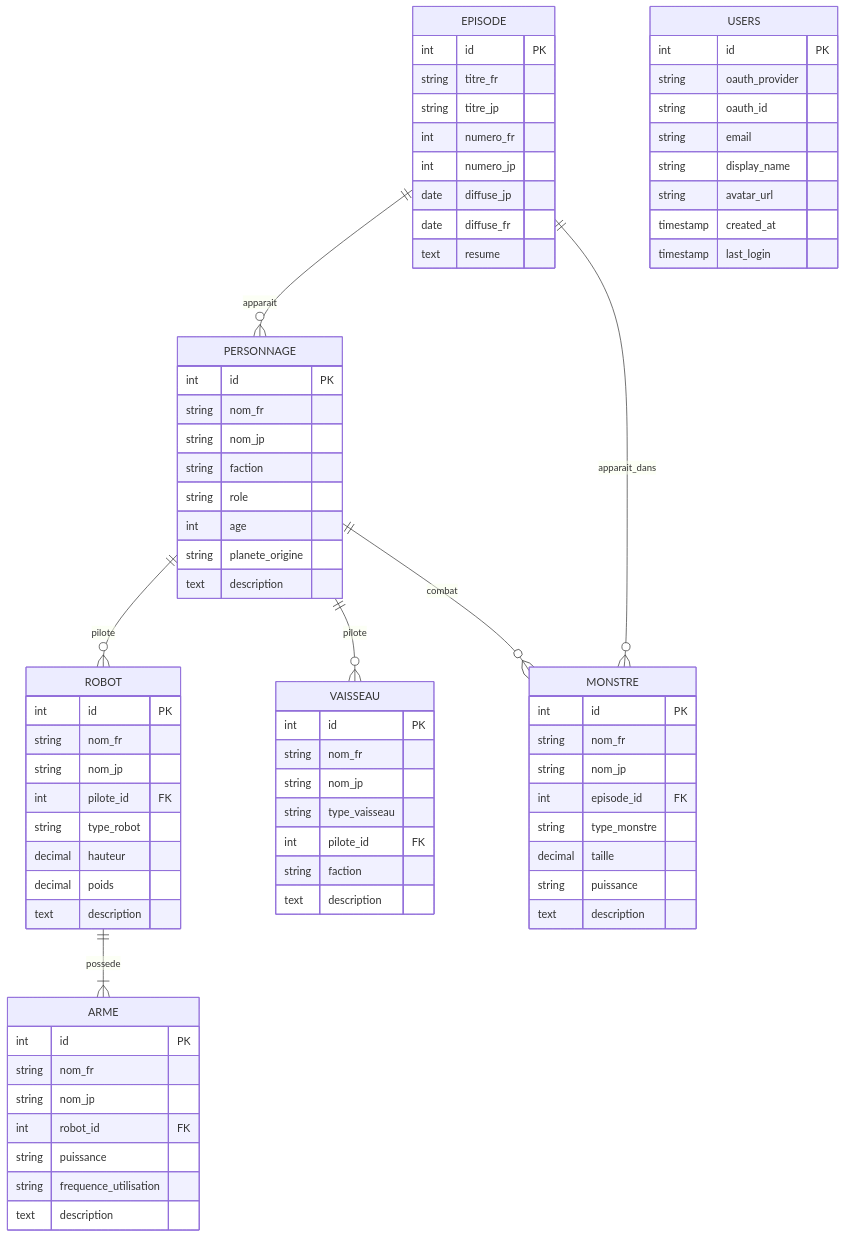
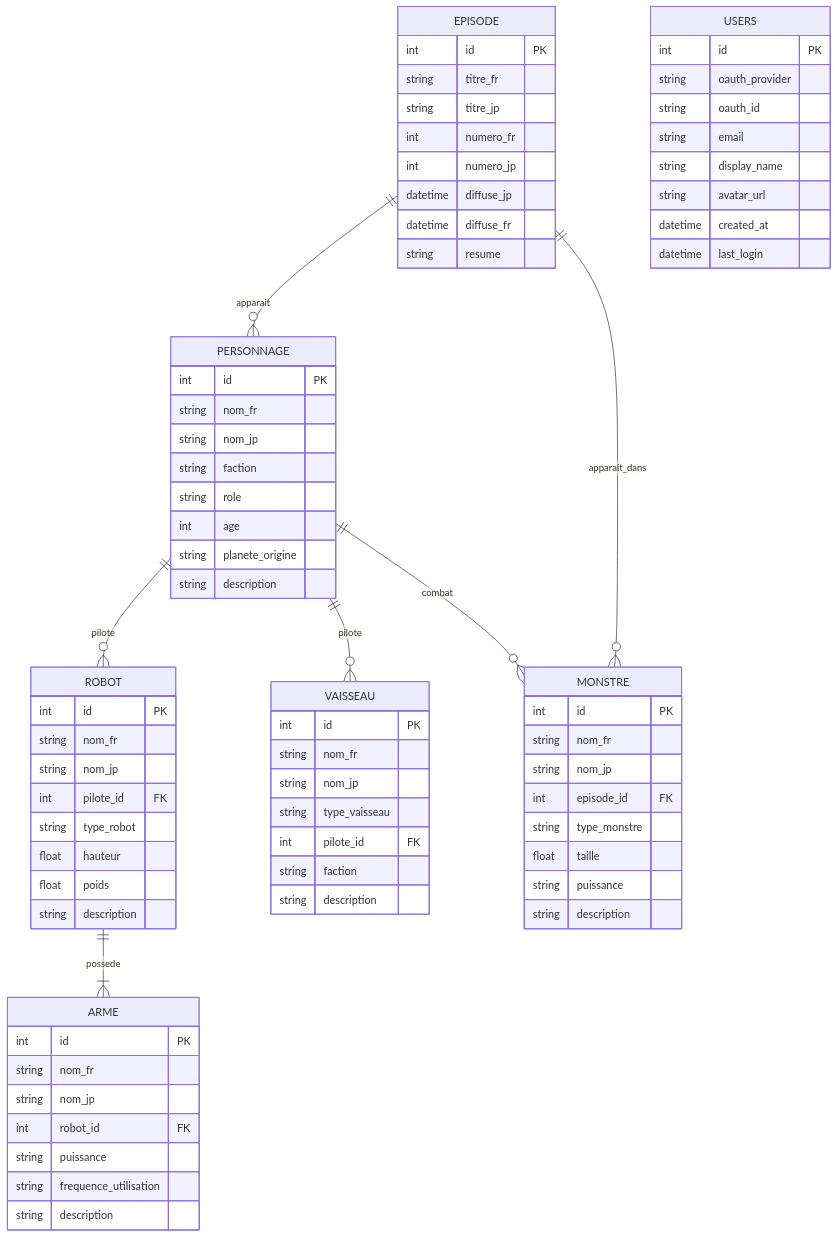
Before and after one commit to Septieme7/Goldorak-V1: the diagram in README.md, drawn with Mermaid. The commit also changed other lines of this file, not shown here.

Commit message:
Retouche README AGAIN

````diff
--- a/README.md
+++ b/README.md
@@ -757,11 +757,11 @@
 ```mermaid
 erDiagram
-    PERSONNAGE ||--o{ ROBOT : pilote
-    PERSONNAGE ||--o{ VAISSEAU : pilote
-    PERSONNAGE ||--o{ MONSTRE : combat
-    ROBOT ||--|{ ARME : possede
-    EPISODE ||--o{ MONSTRE : apparait_dans
-    EPISODE ||--o{ PERSONNAGE : apparait
+    PERSONNAGE ||--o{ ROBOT : "pilote"
+    PERSONNAGE ||--o{ VAISSEAU : "pilote"
+    PERSONNAGE ||--o{ MONSTRE : "combat"
+    ROBOT ||--|{ ARME : "possede"
+    EPISODE ||--o{ MONSTRE : "apparait_dans"
+    EPISODE ||--o{ PERSONNAGE : "apparait"
 
     PERSONNAGE {
         int id PK
@@ -771,7 +771,7 @@
         string role
         int age
         string planete_origine
-        text description
+        string description
     }
 
     ROBOT {
@@ -780,9 +780,9 @@
         string nom_jp
         int pilote_id FK
         string type_robot
-        decimal hauteur
-        decimal poids
-        text description
+        float hauteur
+        float poids
+        string description
     }
 
     VAISSEAU {
@@ -792,7 +792,7 @@
         string type_vaisseau
         int pilote_id FK
         string faction
-        text description
+        string description
     }
 
     ARME {
@@ -802,7 +802,7 @@
         int robot_id FK
         string puissance
         string frequence_utilisation
-        text description
+        string description
     }
 
     EPISODE {
@@ -811,9 +811,9 @@
         string titre_jp
         int numero_fr
         int numero_jp
-        date diffuse_jp
-        date diffuse_fr
-        text resume
+        datetime diffuse_jp
+        datetime diffuse_fr
+        string resume
     }
 
     MONSTRE {
@@ -822,9 +822,9 @@
         string nom_jp
         int episode_id FK
         string type_monstre
-        decimal taille
+        float taille
         string puissance
-        text description
+        string description
     }
 
     USERS {
@@ -834,7 +834,7 @@
         string email
         string display_name
         string avatar_url
-        timestamp created_at
-        timestamp last_login
+        datetime created_at
+        datetime last_login
     }
 ```
````
